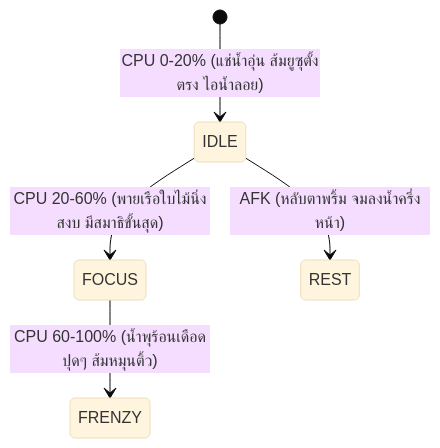
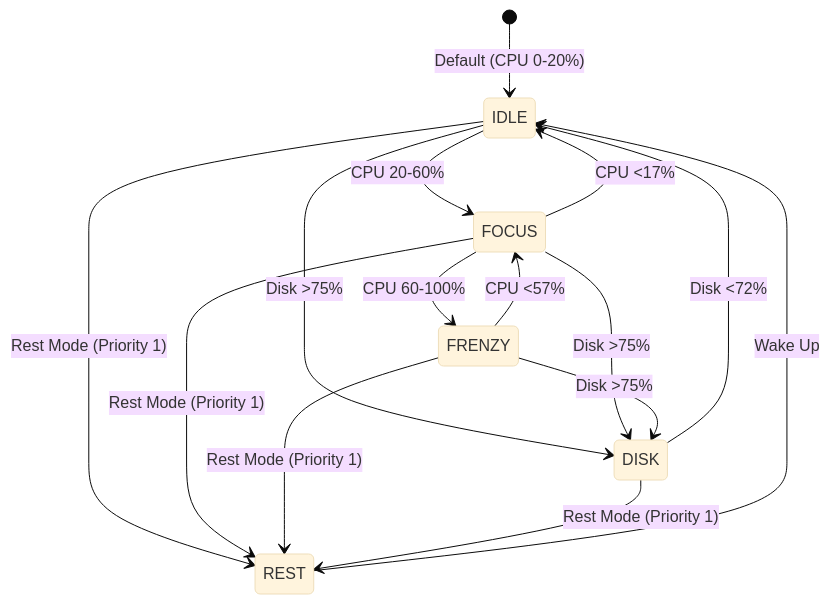
One commit to vavinon/lofi-bun-companion changed the second of 2 diagrams in non-docs/specs/characters/character-design-capybara.md. Above: the diagram before and after it, drawn with Mermaid (base theme). The commit also changed other lines of this file and 8 other files, not shown here.

````diff
--- a/non-docs/specs/characters/character-design-capybara.md
+++ b/non-docs/specs/characters/character-design-capybara.md
@@ -41,7 +42,17 @@
 ```mermaid
 stateDiagram-v2
-    [*] --> IDLE : CPU 0-20% (แช่น้ำอุ่น ส้มยูซุตั้งตรง ไอน้ำลอย)
-    IDLE --> FOCUS : CPU 20-60% (พายเรือใบไม้นิ่งสงบ มีสมาธิขั้นสุด)
-    FOCUS --> FRENZY : CPU 60-100% (น้ำพุร้อนเดือดปุดๆ ส้มหมุนติ้ว)
-    IDLE --> REST : AFK (หลับตาพริ้ม จมลงน้ำครึ่งหน้า)
+    [*] --> IDLE : Default (CPU 0-20%)
+    IDLE --> FOCUS : CPU 20-60%
+    FOCUS --> FRENZY : CPU 60-100%
+    FRENZY --> FOCUS : CPU <57%
+    FOCUS --> IDLE : CPU <17%
+    IDLE --> DISK : Disk >75%
+    FOCUS --> DISK : Disk >75%
+    FRENZY --> DISK : Disk >75%
+    DISK --> IDLE : Disk <72%
+    IDLE --> REST : Rest Mode (Priority 1)
+    FOCUS --> REST : Rest Mode (Priority 1)
+    FRENZY --> REST : Rest Mode (Priority 1)
+    DISK --> REST : Rest Mode (Priority 1)
+    REST --> IDLE : Wake Up
 ```
````
